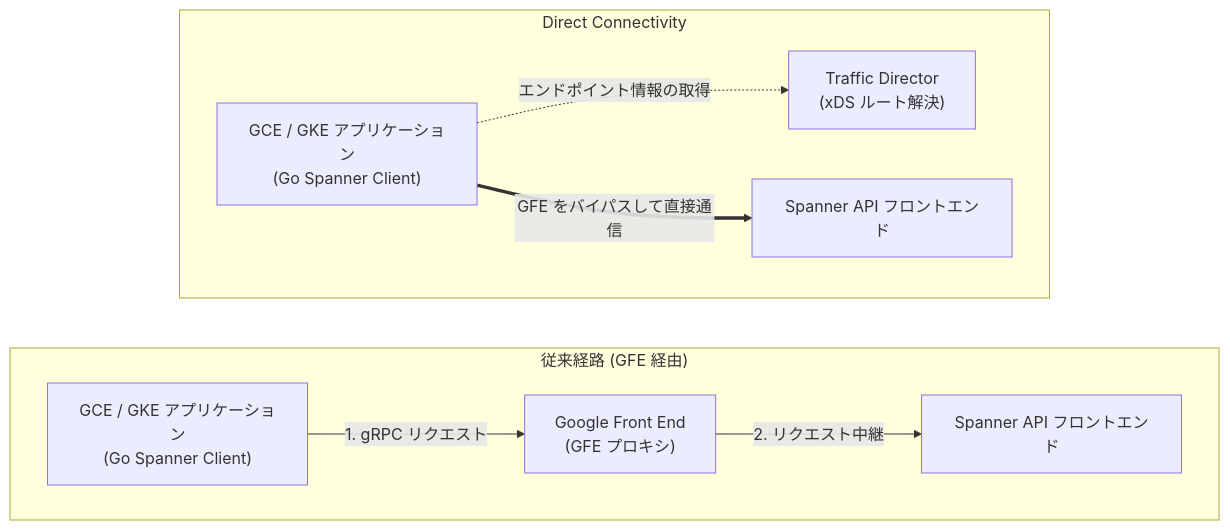
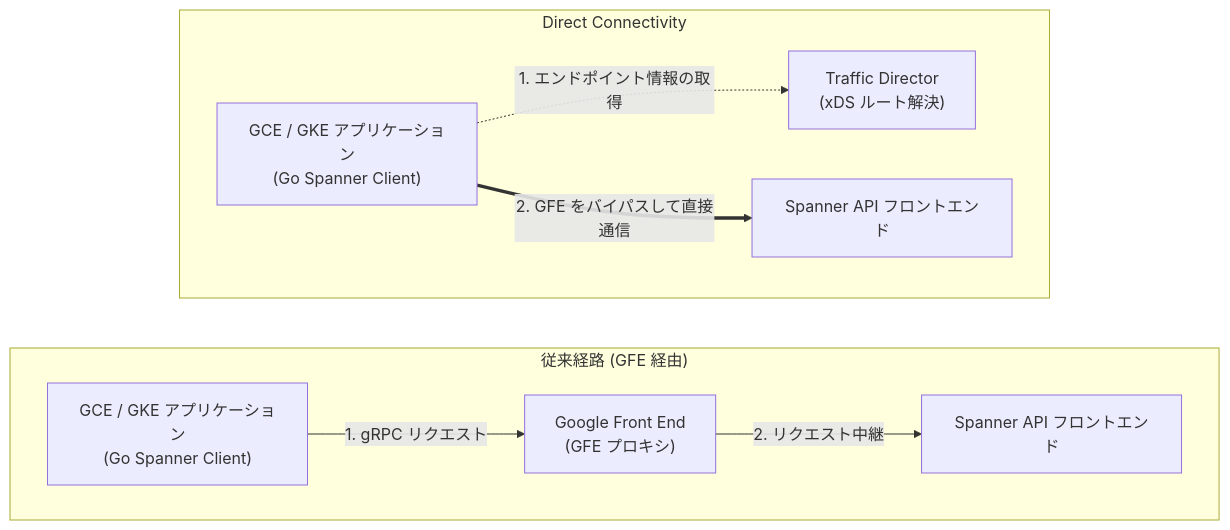
The diagram in articles/80f52aa388bf02.md (michity15169/zenn-content), drawn with Mermaid before and after one commit. The commit also changed other lines of this file, not shown here.

````diff
--- a/articles/80f52aa388bf02.md
+++ b/articles/80f52aa388bf02.md
@@ -40,18 +38,18 @@
 ```mermaid
 flowchart LR
     subgraph Standard ["従来経路 (GFE 経由)"]
         direction LR
         App1["GCE / GKE アプリケーション\n(Go Spanner Client)"] -->|"1. gRPC リクエスト"| GFE["Google Front End\n(GFE プロキシ)"]
         GFE -->|"2. リクエスト中継"| Spanner1["Spanner API フロントエンド"]
     end
 
     subgraph Direct ["Direct Connectivity"]
         direction LR
         App2["GCE / GKE アプリケーション\n(Go Spanner Client)"]
         TD["Traffic Director\n(xDS ルート解決)"]
         Spanner2["Spanner API フロントエンド"]
 
-        App2 -.->|"エンドポイント情報の取得"| TD
-        App2 ==>|"GFE をバイパスして直接通信"| Spanner2
+        App2 -.->|"1. エンドポイント情報の取得"| TD
+        App2 ==>|"2. GFE をバイパスして直接通信"| Spanner2
     end
 ```
````
